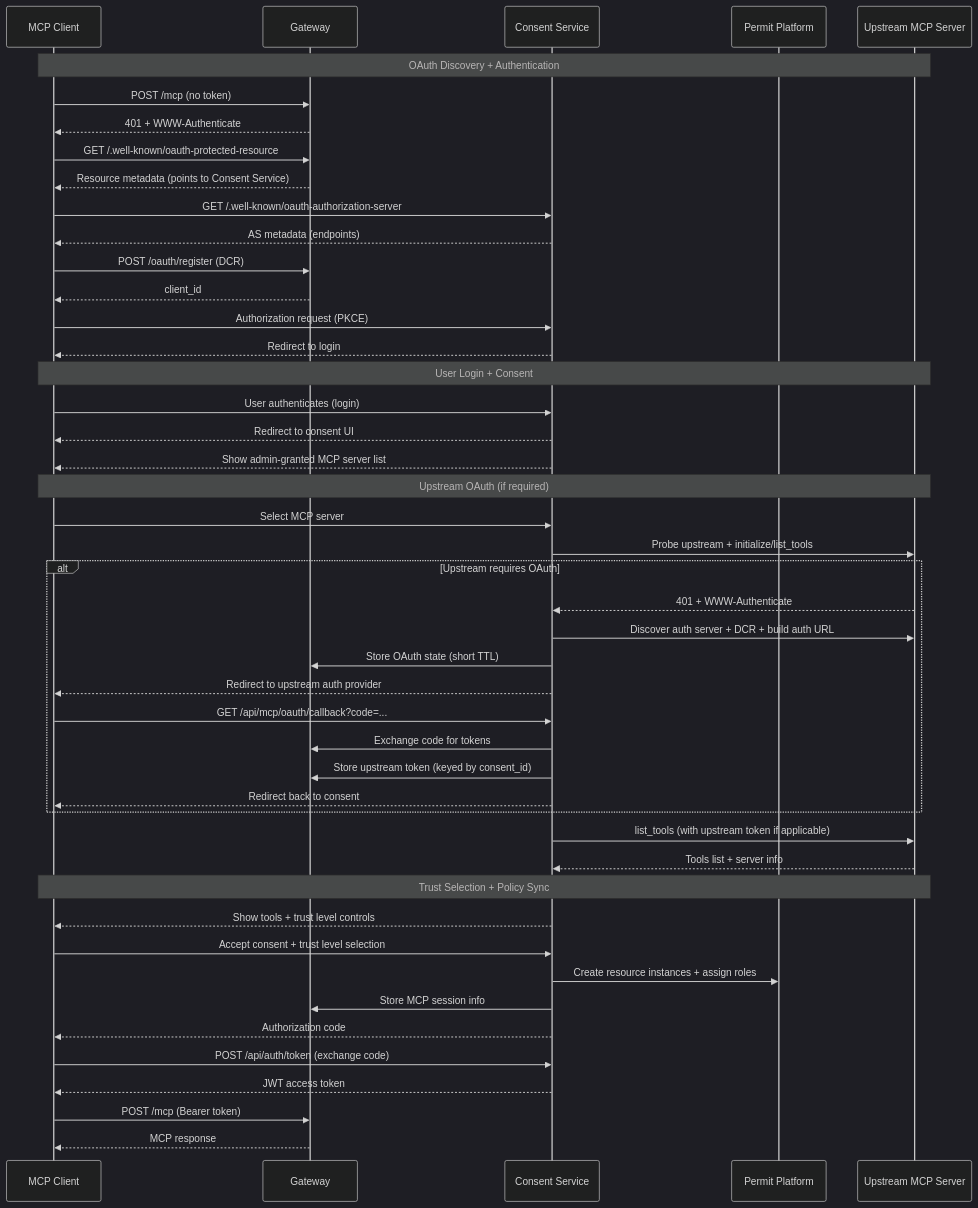
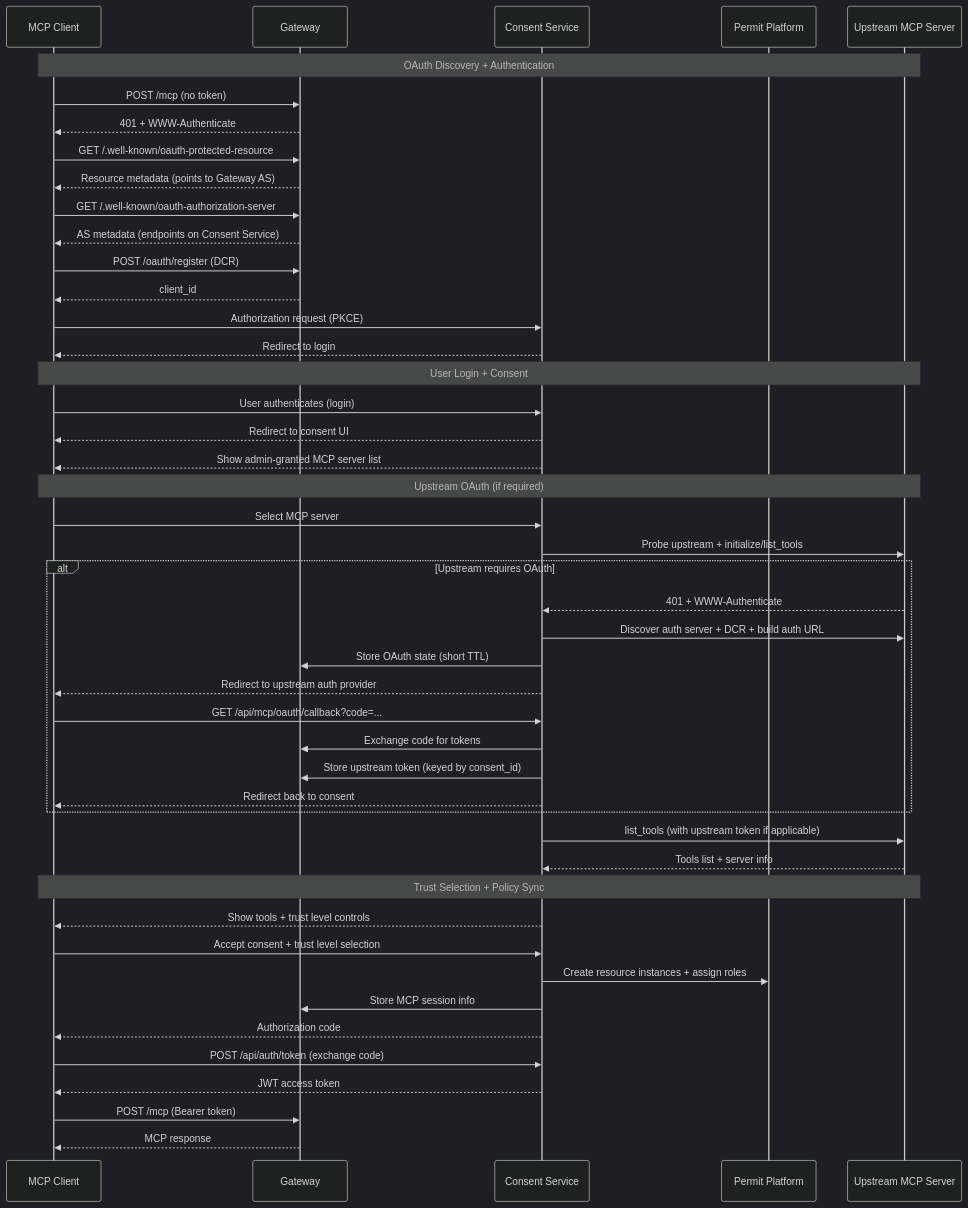
Before and after one commit to permitio/docs: the fifth of 7 diagrams in docs/permit-mcp-gateway/architecture.mdx, drawn with Mermaid (dark theme). The commit also changed other lines of this file and 5 other files, not shown here.

````diff
--- a/docs/permit-mcp-gateway/architecture.mdx
+++ b/docs/permit-mcp-gateway/architecture.mdx
@@ -245,52 +245,52 @@
 ```mermaid
 sequenceDiagram
     participant C as MCP Client
     participant GW as Gateway
     participant CS as Consent Service
     participant PermitAPI as Permit Platform
     participant Up as Upstream MCP Server
 
     Note over C,Up: OAuth Discovery + Authentication
     C->>GW: POST /mcp (no token)
     GW-->>C: 401 + WWW-Authenticate
     C->>GW: GET /.well-known/oauth-protected-resource
-    GW-->>C: Resource metadata (points to Consent Service)
-    C->>CS: GET /.well-known/oauth-authorization-server
-    CS-->>C: AS metadata (endpoints)
+    GW-->>C: Resource metadata (points to Gateway AS)
+    C->>GW: GET /.well-known/oauth-authorization-server
+    GW-->>C: AS metadata (endpoints on Consent Service)
     C->>GW: POST /oauth/register (DCR)
     GW-->>C: client_id
     C->>CS: Authorization request (PKCE)
     CS-->>C: Redirect to login
 
     Note over C,Up: User Login + Consent
     C->>CS: User authenticates (login)
     CS-->>C: Redirect to consent UI
     CS-->>C: Show admin-granted MCP server list
 
     Note over C,Up: Upstream OAuth (if required)
     C->>CS: Select MCP server
     CS->>Up: Probe upstream + initialize/list_tools
     alt Upstream requires OAuth
         Up-->>CS: 401 + WWW-Authenticate
         CS->>Up: Discover auth server + DCR + build auth URL
         CS->>GW: Store OAuth state (short TTL)
         CS-->>C: Redirect to upstream auth provider
         C->>CS: GET /api/mcp/oauth/callback?code=...
         CS->>GW: Exchange code for tokens
         CS->>GW: Store upstream token (keyed by consent_id)
         CS-->>C: Redirect back to consent
     end
     CS->>Up: list_tools (with upstream token if applicable)
     Up-->>CS: Tools list + server info
 
     Note over C,Up: Trust Selection + Policy Sync
     CS-->>C: Show tools + trust level controls
     C->>CS: Accept consent + trust level selection
     CS->>PermitAPI: Create resource instances + assign roles
     CS->>GW: Store MCP session info
     CS-->>C: Authorization code
     C->>CS: POST /api/auth/token (exchange code)
     CS-->>C: JWT access token
     C->>GW: POST /mcp (Bearer token)
     GW-->>C: MCP response
 ```
````
